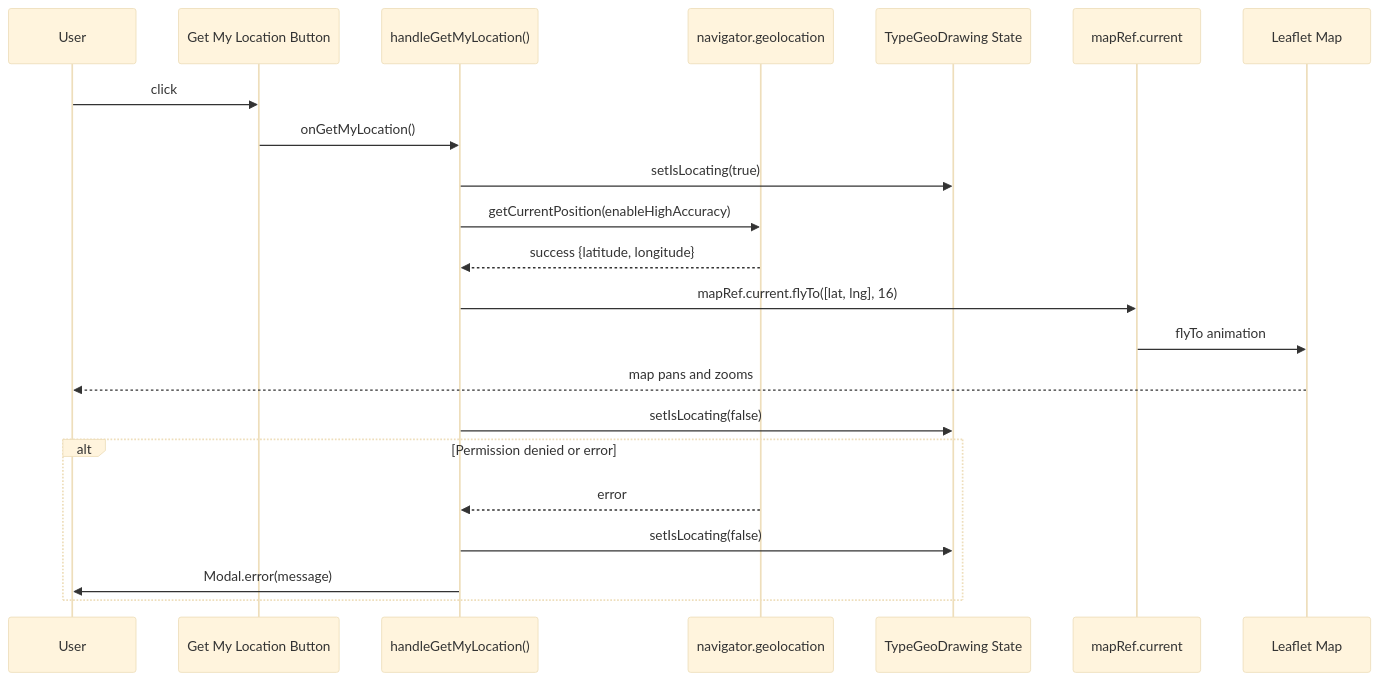
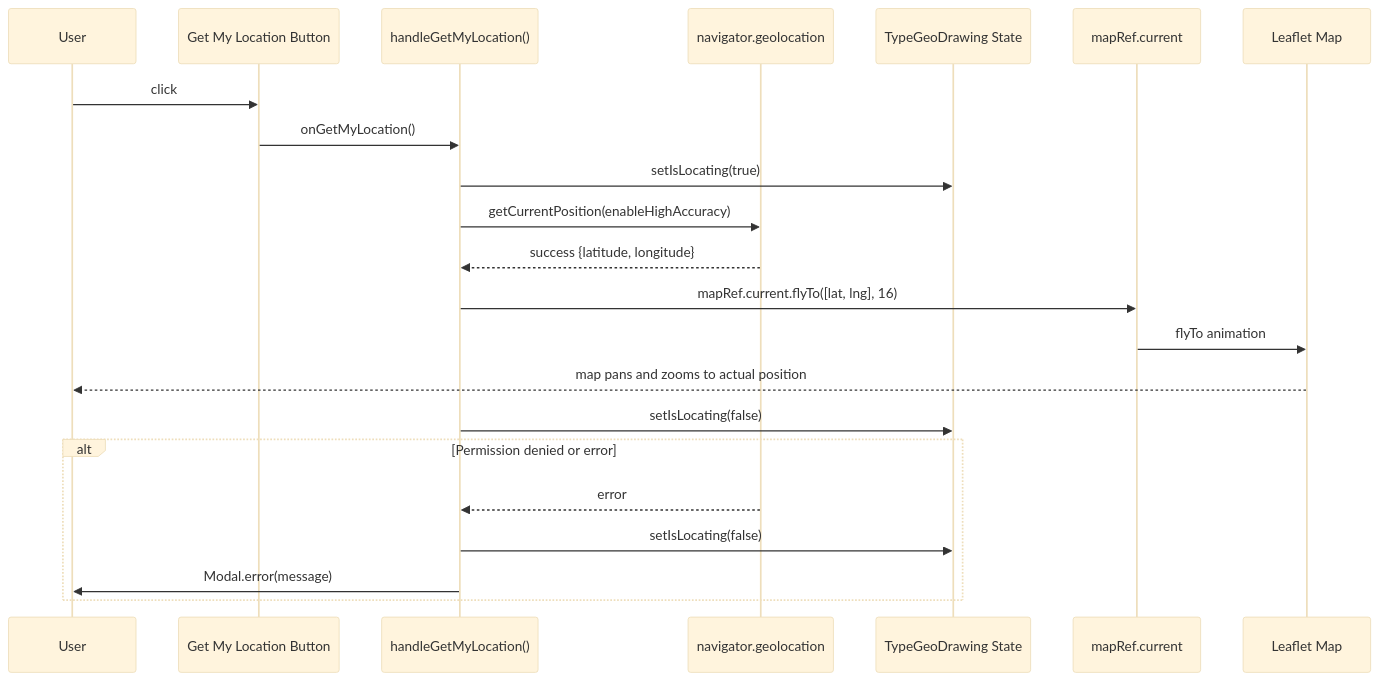
Before and after one commit to akvo/akvo-react-form: the third of 6 diagrams in docs/geo-drawing-auto-record/design.md, drawn with Mermaid (base theme). The commit also changed other lines of this file and 4 other files, not shown here.

````diff
--- a/docs/geo-drawing-auto-record/design.md
+++ b/docs/geo-drawing-auto-record/design.md
@@ -83,26 +128,26 @@
 ```mermaid
 sequenceDiagram
     participant User
     participant Button as Get My Location Button
     participant Handler as handleGetMyLocation()
     participant GeoAPI as navigator.geolocation
     participant State as TypeGeoDrawing State
     participant MapRef as mapRef.current
     participant Map as Leaflet Map
 
     User->>Button: click
     Button->>Handler: onGetMyLocation()
     Handler->>State: setIsLocating(true)
     Handler->>GeoAPI: getCurrentPosition(enableHighAccuracy)
     GeoAPI-->>Handler: success {latitude, longitude}
     Handler->>MapRef: mapRef.current.flyTo([lat, lng], 16)
     MapRef->>Map: flyTo animation
-    Map-->>User: map pans and zooms
+    Map-->>User: map pans and zooms to actual position
     Handler->>State: setIsLocating(false)
 
     alt Permission denied or error
         GeoAPI-->>Handler: error
         Handler->>State: setIsLocating(false)
         Handler->>User: Modal.error(message)
     end
 ```
````
